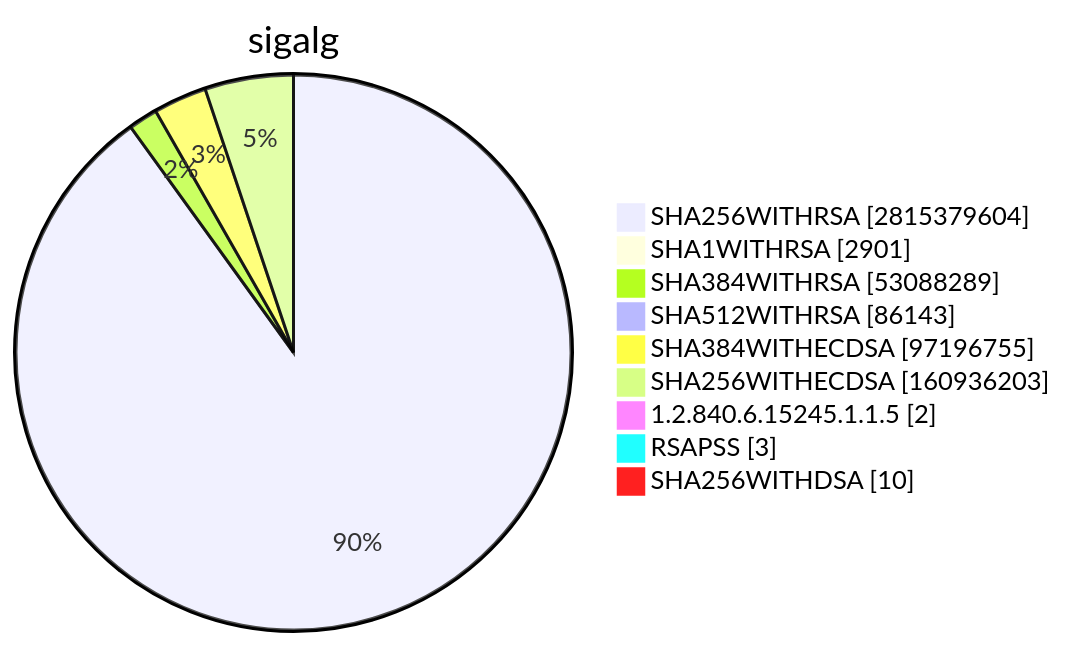
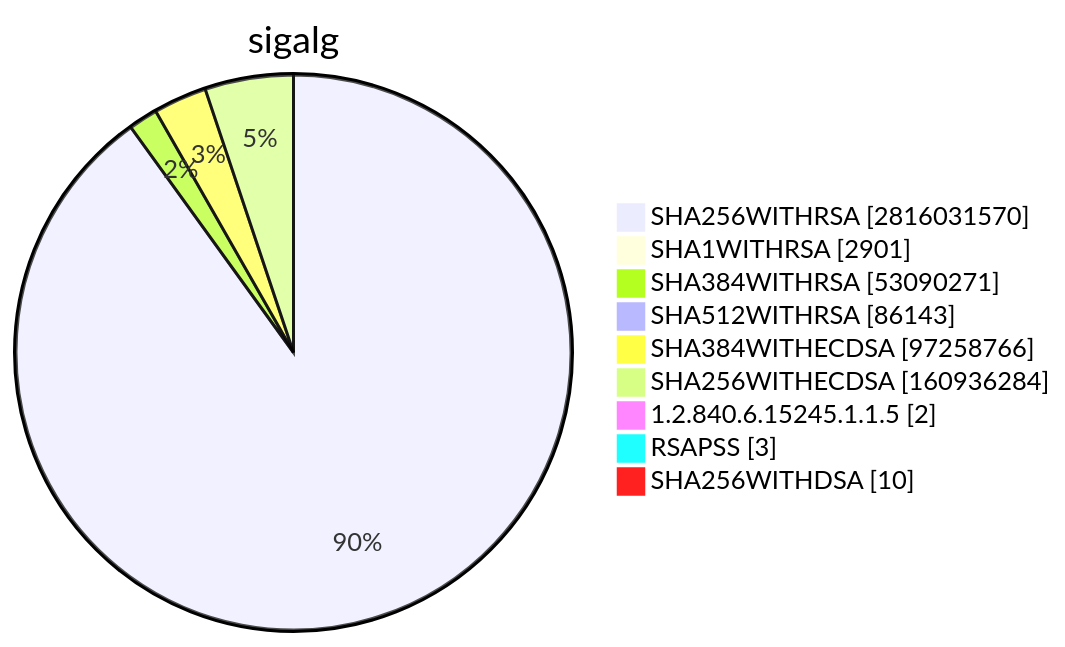
One commit to christiankrug/ctmonitor_visualization changed diagram 15 of 15 in TOTAL/README.md. Above: the diagram before and after it, drawn with Mermaid. The commit also changed other lines of this file, not shown here.

````diff
--- a/TOTAL/README.md
+++ b/TOTAL/README.md
@@ -6207,13 +6207,13 @@
 ```mermaid
 pie showData
 title sigalg
-"SHA256WITHRSA" :2815379604
+"SHA256WITHRSA" :2816031570
 "SHA1WITHRSA" :2901
-"SHA384WITHRSA" :53088289
+"SHA384WITHRSA" :53090271
 "SHA512WITHRSA" :86143
-"SHA384WITHECDSA" :97196755
-"SHA256WITHECDSA" :160936203
+"SHA384WITHECDSA" :97258766
+"SHA256WITHECDSA" :160936284
 "1.2.840.6.15245.1.1.5" :2
 "RSAPSS" :3
 "SHA256WITHDSA" :10
 ```
````
